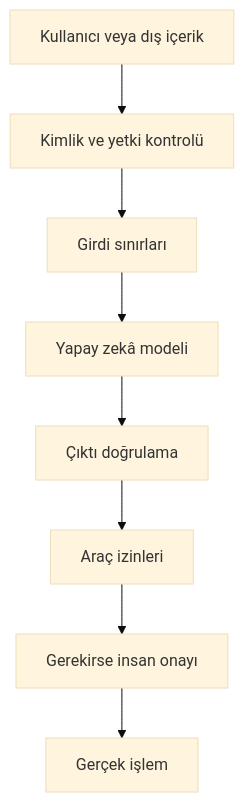
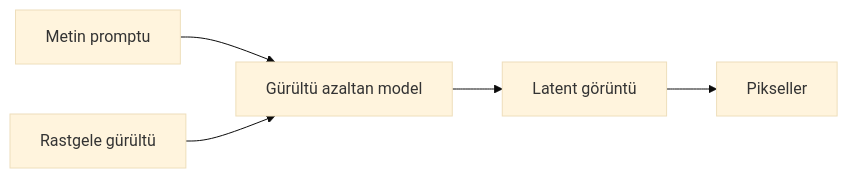
Before and after one commit to lhasanseker/yapay-zeka-nasil-calisir: the fourth of 5 diagrams in README.md, drawn with Mermaid (base theme). The commit also changed other lines of this file and 2 other files, not shown here.

````diff
--- a/README.md
+++ b/README.md
@@ -1326,10 +357,7 @@
 ```mermaid
-flowchart TD
-    A["Kullanıcı veya dış içerik"] --> B["Kimlik ve yetki kontrolü"]
-    B --> C["Girdi sınırları"]
-    C --> D["Yapay zekâ modeli"]
-    D --> E["Çıktı doğrulama"]
-    E --> F["Araç izinleri"]
-    F --> G["Gerekirse insan onayı"]
-    G --> H["Gerçek işlem"]
+flowchart LR
+    A["Metin promptu"] --> C["Gürültü azaltan model"]
+    B["Rastgele gürültü"] --> C
+    C --> D["Latent görüntü"]
+    D --> E["Pikseller"]
 ```
````
